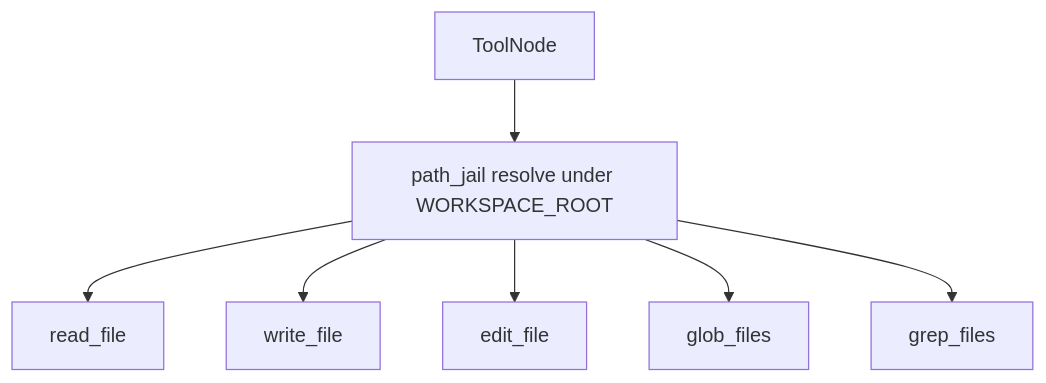
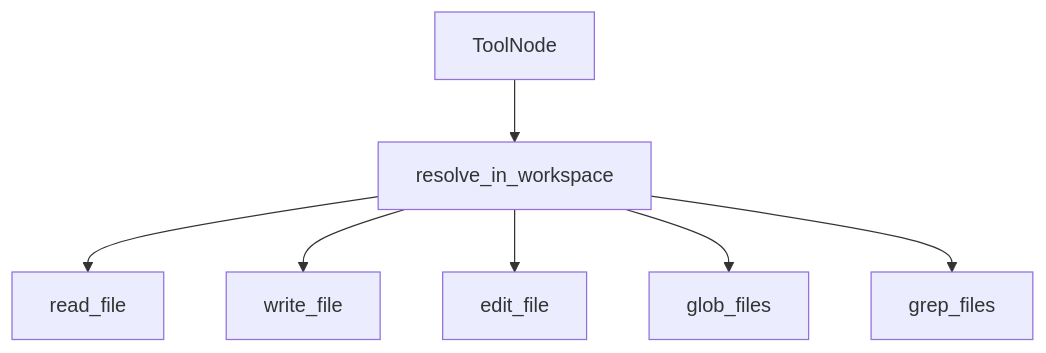
One commit to CharlotteYW/mini-claude-code changed the third of 3 diagrams in docs/milestones/M3-filesystem-tools.md. Above: the diagram before and after it, drawn with Mermaid. The commit also changed other lines of this file and 15 other files, not shown here.

First line of the commit message:
Implement M3 workspace-scoped filesystem tools with path jail.

````diff
--- a/docs/milestones/M3-filesystem-tools.md
+++ b/docs/milestones/M3-filesystem-tools.md
@@ -48,16 +106,11 @@
 ```mermaid
 flowchart TB
   Tools[ToolNode]
-  Jail[path_jail resolve under WORKSPACE_ROOT]
-  Read[read_file]
-  Write[write_file]
-  Edit[edit_file]
-  Glob[glob_files]
-  Grep[grep_files]
+  Jail[resolve_in_workspace]
   Tools --> Jail
-  Jail --> Read
-  Jail --> Write
-  Jail --> Edit
-  Jail --> Glob
-  Jail --> Grep
+  Jail --> read_file
+  Jail --> write_file
+  Jail --> edit_file
+  Jail --> glob_files
+  Jail --> grep_files
 ```
````
